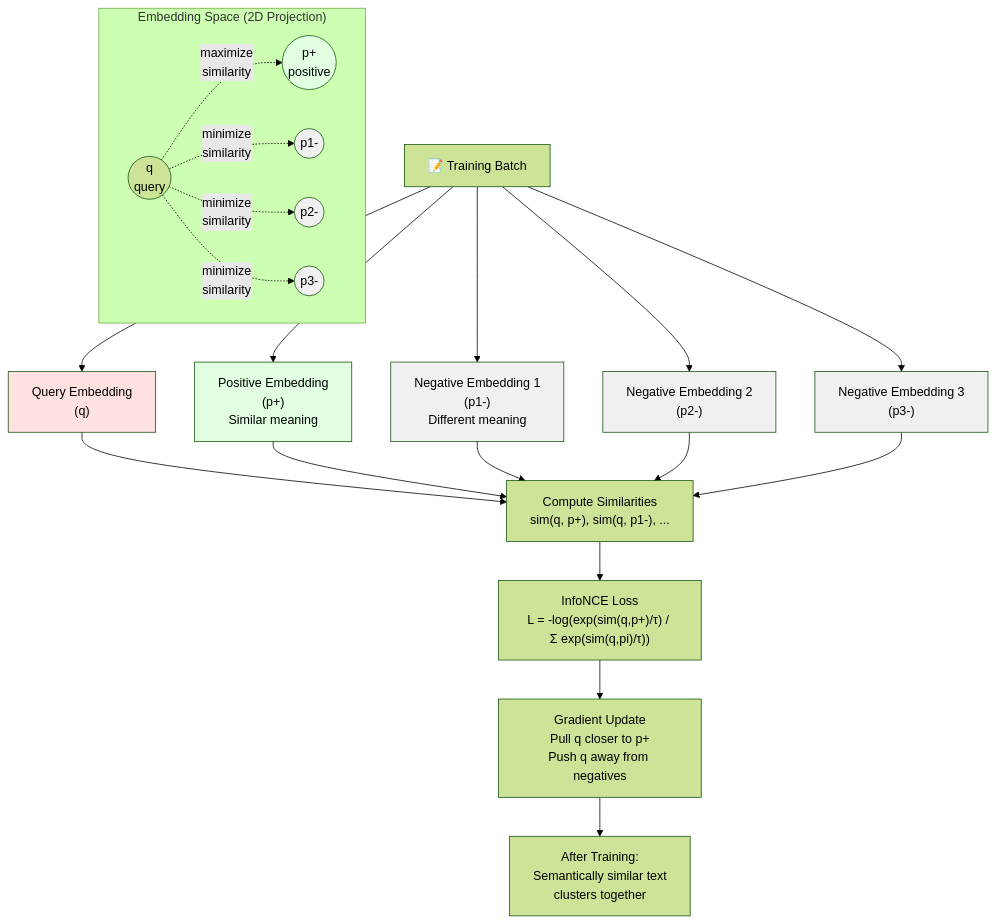
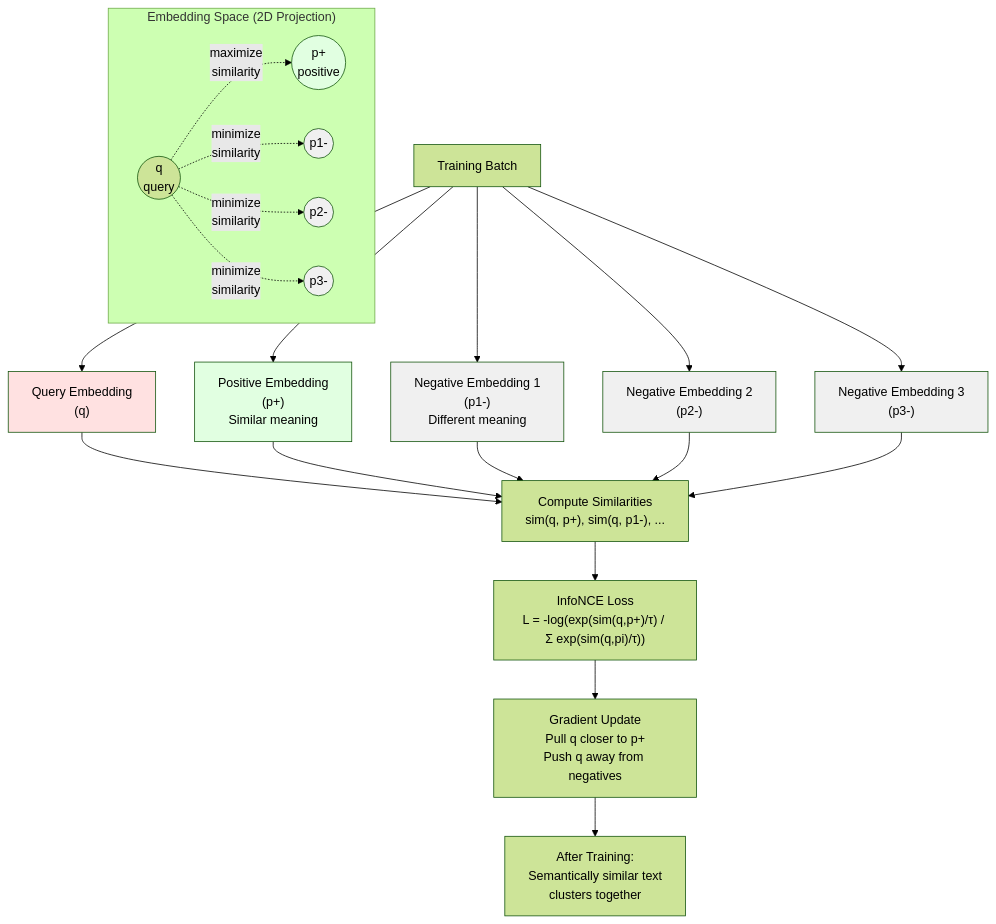
Before and after one commit to dsgouda7/ai-portfolio: the first of 3 diagrams in notes/03a-ai/ch07-rag-and-embeddings/rag-and-embeddings.md, drawn with Mermaid (forest theme). The commit also changed other lines of this file and 17 other files, not shown here.

````diff
--- a/notes/03a-ai/ch07-rag-and-embeddings/rag-and-embeddings.md
+++ b/notes/03a-ai/ch07-rag-and-embeddings/rag-and-embeddings.md
@@ -286,36 +281,36 @@
 ```mermaid
 flowchart TD
-    A["📝 Training Batch"] --> B["Query Embedding<br/>(q)"]
-    A --> C["Positive Embedding<br/>(p+)<br/>Similar meaning"]
-    A --> D["Negative Embedding 1<br/>(p1-)<br/>Different meaning"]
-    A --> E["Negative Embedding 2<br/>(p2-)"]
-    A --> F["Negative Embedding 3<br/>(p3-)"]
+ A[" Training Batch"] --> B["Query Embedding<br/>(q)"]
+ A --> C["Positive Embedding<br/>(p+)<br/>Similar meaning"]
+ A --> D["Negative Embedding 1<br/>(p1-)<br/>Different meaning"]
+ A --> E["Negative Embedding 2<br/>(p2-)"]
+ A --> F["Negative Embedding 3<br/>(p3-)"]
 
-    B --> G["Compute Similarities<br/>sim(q, p+), sim(q, p1-), ..."]
-    C --> G
-    D --> G
-    E --> G
-    F --> G
+ B --> G["Compute Similarities<br/>sim(q, p+), sim(q, p1-), ..."]
+ C --> G
+ D --> G
+ E --> G
+ F --> G
 
-    G --> H["InfoNCE Loss<br/>L = -log(exp(sim(q,p+)/τ) / Σ exp(sim(q,pi)/τ))"]
-    H --> I["Gradient Update<br/>Pull q closer to p+<br/>Push q away from negatives"]
+ G --> H["InfoNCE Loss<br/>L = -log(exp(sim(q,p+)/τ) / Σ exp(sim(q,pi)/τ))"]
+ H --> I["Gradient Update<br/>Pull q closer to p+<br/>Push q away from negatives"]
 
-    subgraph "Embedding Space (2D Projection)"
-        J(("q<br/>query")) -."maximize<br/>similarity".-> K(("p+<br/>positive"))
-        J -."minimize<br/>similarity".-> L(("p1-"))
-        J -."minimize<br/>similarity".-> M(("p2-"))
-        J -."minimize<br/>similarity".-> N(("p3-"))
-    end
+ subgraph "Embedding Space (2D Projection)"
+ J(("q<br/>query")) -."maximize<br/>similarity".-> K(("p+<br/>positive"))
+ J -."minimize<br/>similarity".-> L(("p1-"))
+ J -."minimize<br/>similarity".-> M(("p2-"))
+ J -."minimize<br/>similarity".-> N(("p3-"))
+ end
 
-    I --> O["After Training:<br/>Semantically similar text<br/>clusters together"]
+ I --> O["After Training:<br/>Semantically similar text<br/>clusters together"]
 
-    style B fill:#ffe1e1
-    style C fill:#e1ffe1
-    style D fill:#f0f0f0
-    style E fill:#f0f0f0
-    style F fill:#f0f0f0
-    style K fill:#e1ffe1
-    style L fill:#f0f0f0
-    style M fill:#f0f0f0
-    style N fill:#f0f0f0
+ style B fill:#ffe1e1
+ style C fill:#e1ffe1
+ style D fill:#f0f0f0
+ style E fill:#f0f0f0
+ style F fill:#f0f0f0
+ style K fill:#e1ffe1
+ style L fill:#f0f0f0
+ style M fill:#f0f0f0
+ style N fill:#f0f0f0
 ```
````
